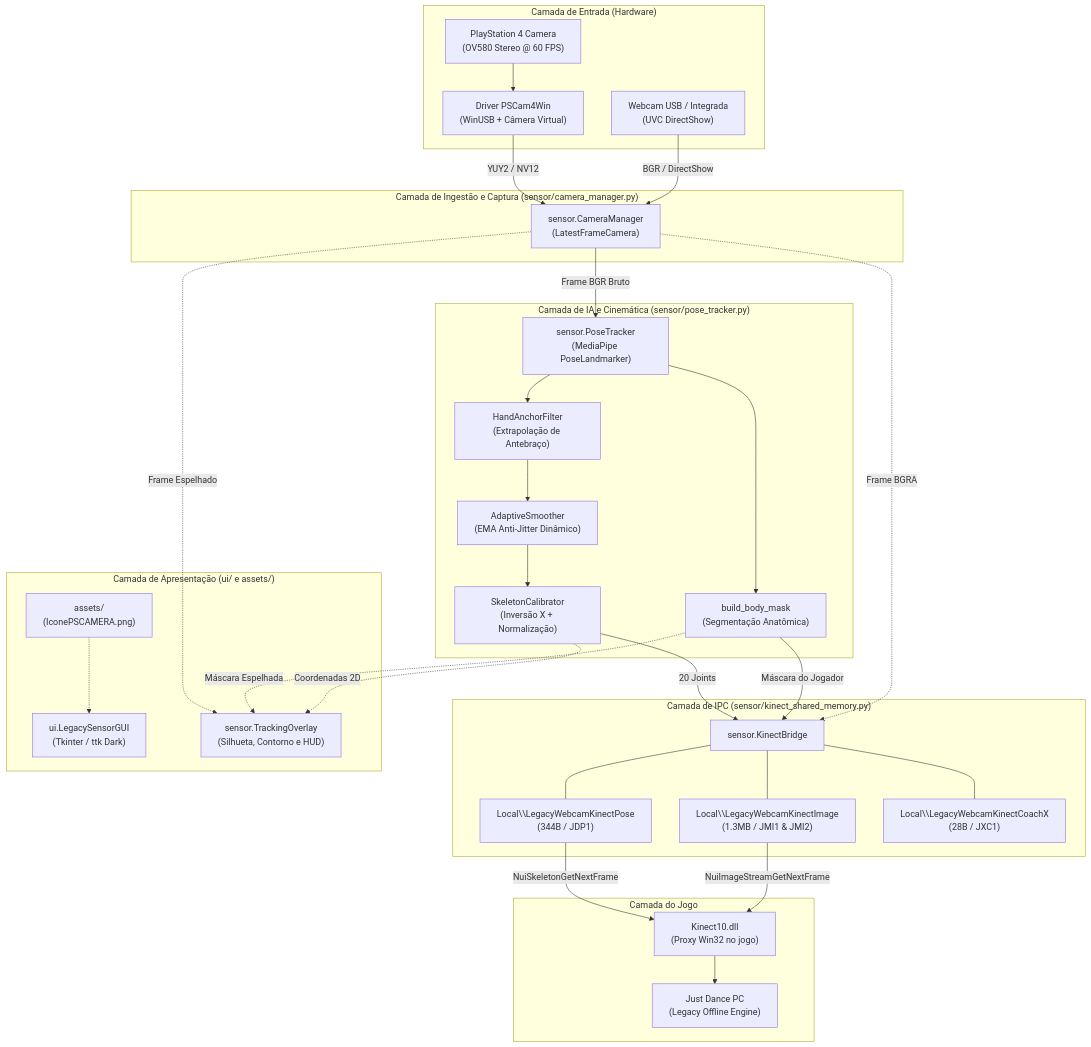
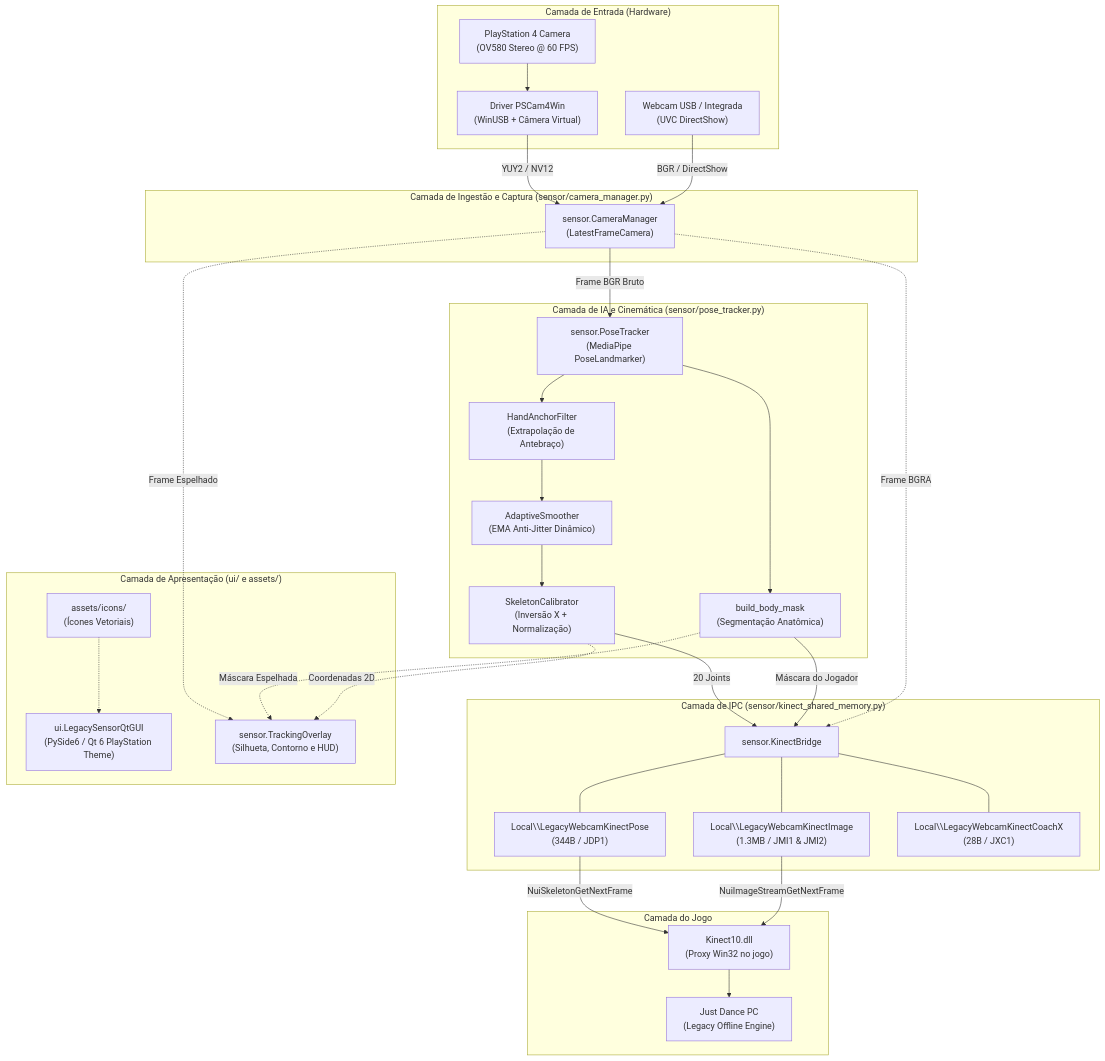
One commit to EddScissors42/LegacyPSCam_Sensor changed the diagram in docs/ARCHITECTURE.md. Above: the diagram before and after it, drawn with Mermaid. The commit also changed other lines of this file and 17 other files, not shown here.

Commit message:
refactor(ui): consolidate to pure Qt6 (remove legacy gui.py), fix res/fps text clipping, and translate experimental warning (v0.2.6 Alpha)

````diff
--- a/docs/ARCHITECTURE.md
+++ b/docs/ARCHITECTURE.md
@@ -39,62 +41,62 @@
 ```mermaid
 flowchart TD
     subgraph HARDWARE_LAYER["Camada de Entrada (Hardware)"]
         PS4CAM["PlayStation 4 Camera\n(OV580 Stereo @ 60 FPS)"]
         WEBCAM["Webcam USB / Integrada\n(UVC DirectShow)"]
         PSCAM_DRIVER["Driver PSCam4Win\n(WinUSB + Câmera Virtual)"]
         PS4CAM --> PSCAM_DRIVER
     end
 
     subgraph INGESTION_LAYER["Camada de Ingestão e Captura (sensor/camera_manager.py)"]
         CAM_MGR["sensor.CameraManager\n(LatestFrameCamera)"]
         PSCAM_DRIVER -->|YUY2 / NV12| CAM_MGR
         WEBCAM -->|BGR / DirectShow| CAM_MGR
     end
 
     subgraph VISION_LAYER["Camada de IA e Cinemática (sensor/pose_tracker.py)"]
         POSE_ENGINE["sensor.PoseTracker\n(MediaPipe PoseLandmarker)"]
         ANCHOR["HandAnchorFilter\n(Extrapolação de Antebraço)"]
         SMOOTHER["AdaptiveSmoother\n(EMA Anti-Jitter Dinâmico)"]
         CALIBRATOR["SkeletonCalibrator\n(Inversão X + Normalização)"]
         MASK_GEN["build_body_mask\n(Segmentação Anatômica)"]
         
         CAM_MGR -->|Frame BGR Bruto| POSE_ENGINE
         POSE_ENGINE --> ANCHOR
         ANCHOR --> SMOOTHER
         SMOOTHER --> CALIBRATOR
         POSE_ENGINE --> MASK_GEN
     end
 
     subgraph IPC_LAYER["Camada de IPC (sensor/kinect_shared_memory.py)"]
         BRIDGE["sensor.KinectBridge"]
         MEM_POSE["Local\\LegacyWebcamKinectPose\n(344B / JDP1)"]
         MEM_IMG["Local\\LegacyWebcamKinectImage\n(1.3MB / JMI1 & JMI2)"]
         MEM_COACH["Local\\LegacyWebcamKinectCoachX\n(28B / JXC1)"]
         
         CALIBRATOR -->|20 Joints| BRIDGE
         MASK_GEN -->|Máscara do Jogador| BRIDGE
         CAM_MGR -.->|Frame BGRA| BRIDGE
         
         BRIDGE --- MEM_POSE
         BRIDGE --- MEM_IMG
         BRIDGE --- MEM_COACH
     end
 
     subgraph GAME_LAYER["Camada do Jogo"]
         DLL["Kinect10.dll\n(Proxy Win32 no jogo)"]
         GAME["Just Dance PC\n(Legacy Offline Engine)"]
         MEM_POSE -->|NuiSkeletonGetNextFrame| DLL
         MEM_IMG -->|NuiImageStreamGetNextFrame| DLL
         DLL --> GAME
     end
 
     subgraph UI_LAYER["Camada de Apresentação (ui/ e assets/)"]
-        GUI["ui.LegacySensorGUI\n(Tkinter / ttk Dark)"]
+        GUI["ui.LegacySensorQtGUI\n(PySide6 / Qt 6 PlayStation Theme)"]
         OVERLAY["sensor.TrackingOverlay\n(Silhueta, Contorno e HUD)"]
-        ASSETS["assets/\n(IconePSCAMERA.png)"]
+        ASSETS["assets/icons/\n(Ícones Vetoriais)"]
         CAM_MGR -.->|Frame Espelhado| OVERLAY
         MASK_GEN -.->|Máscara Espelhada| OVERLAY
         CALIBRATOR -.->|Coordenadas 2D| OVERLAY
         ASSETS -.-> GUI
     end
 ```
````
